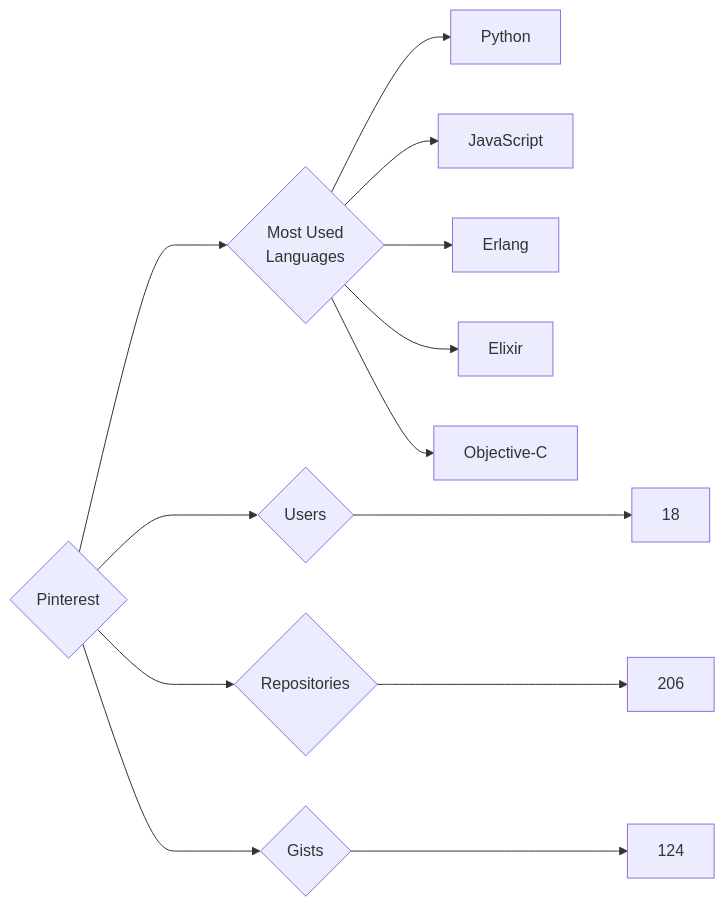
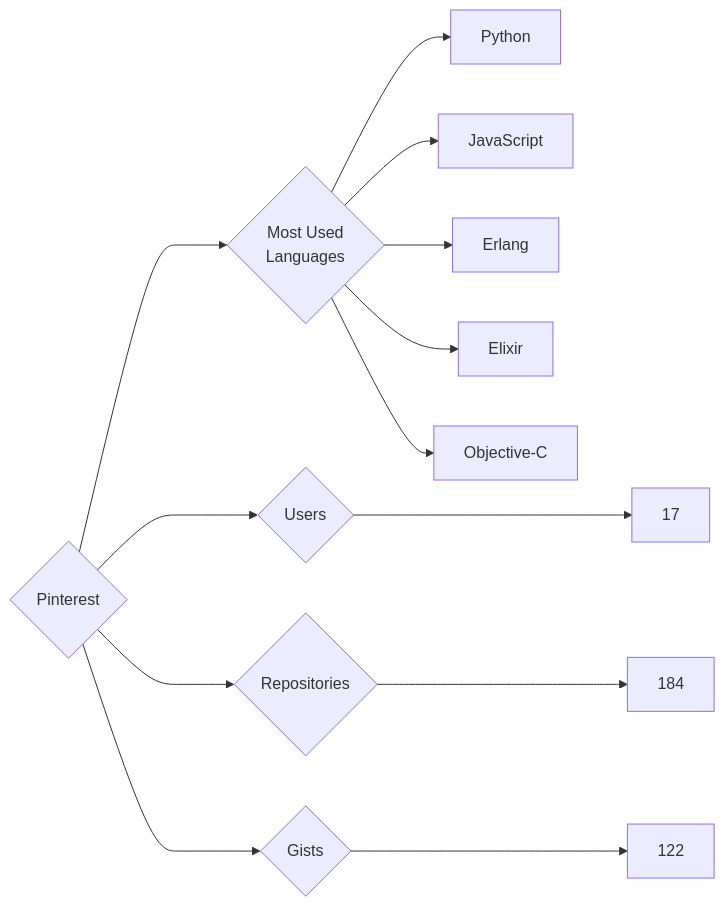
Before and after one commit to trickest/insiders: the diagram in targets/Pinterest/README.md, drawn with Mermaid. The commit also changed 1011 other files, not shown here.

````diff
--- a/targets/Pinterest/README.md
+++ b/targets/Pinterest/README.md
@@ -3,13 +3,13 @@
 ```mermaid
 graph LR
 COMPANY_NAME{Pinterest}
-COMPANY_NAME ---> U{Users} ---> UN[18]
-COMPANY_NAME ---> R{Repositories} ---> RN[206]
-COMPANY_NAME ---> G{Gists} ---> GN[124]
+COMPANY_NAME ---> U{Users} ---> UN[17]
+COMPANY_NAME ---> R{Repositories} ---> RN[184]
+COMPANY_NAME ---> G{Gists} ---> GN[122]
 COMPANY_NAME ---> ML{Most Used<br>Languages}
 ML --> Python[Python]
 ML --> JavaScript[JavaScript]
 ML --> Erlang[Erlang]
 ML --> Elixir[Elixir]
 ML --> Objective-C[Objective-C]
 ```
````
